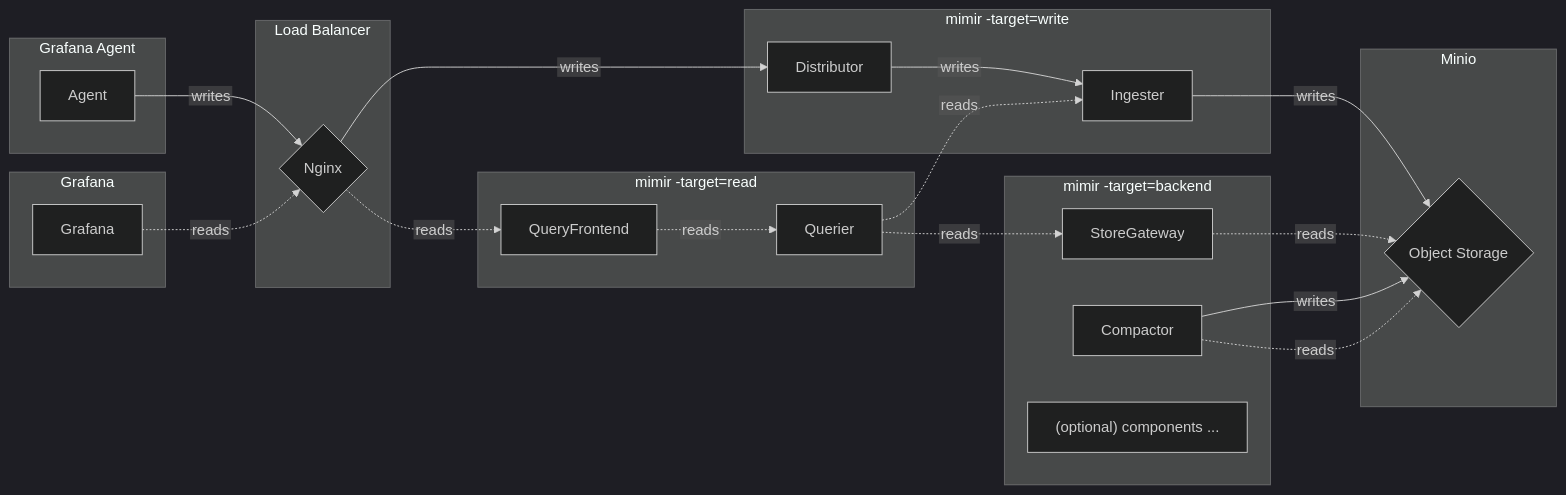
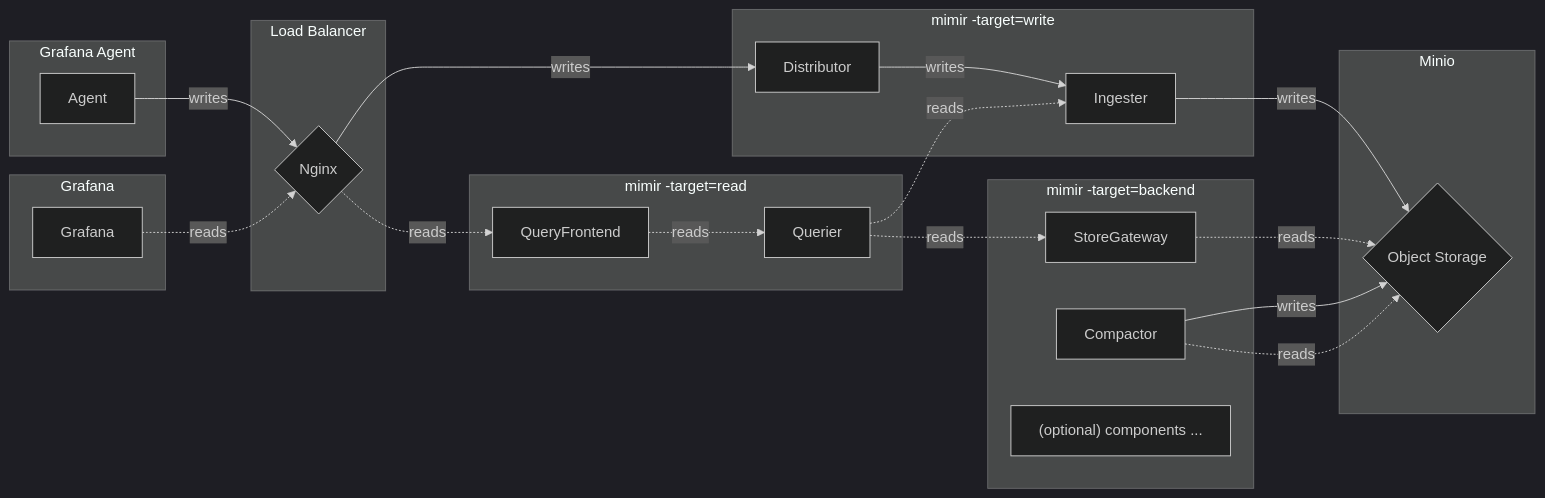
Before and after one commit to qclaogui/codelab-monitoring: the diagram in docker-compose/read-write-mode/metrics/README.md, drawn with Mermaid (dark theme). The commit also changed 3 other files, not shown here.

````diff
--- a/docker-compose/read-write-mode/metrics/README.md
+++ b/docker-compose/read-write-mode/metrics/README.md
@@ -27,40 +27,39 @@
 ```mermaid
-%%{init: {"flowchart": {"htmlLabels": false}} }%%
 flowchart LR
     Agent   --> |writes| Nginx --> |writes| Distributor   --> |writes| Ingester -->|writes| ObjectStorage
     Grafana -.->|reads | Nginx -.->|reads | QueryFrontend -.->|reads | Querier -.->|reads | StoreGateway -.->|reads| ObjectStorage
 
     subgraph Minio
         ObjectStorage{"Object Storage"}
     end
 
     subgraph GrafanaAgent["Grafana Agent"]
         Agent
     end
 
     subgraph GFGraph["Grafana"]
         Grafana
     end
 
     subgraph GateWay["Load Balancer"]
         Nginx{"Nginx"}
     end
 
     subgraph MimirWrite["mimir -target=write"]
         Ingester
         Distributor
     end
 
     subgraph MimirBackend["mimir -target=backend"]
         StoreGateway
         Compactor --> |writes| ObjectStorage
         Compactor -.->|reads | ObjectStorage
 
-        Optional["`(optional) components ...`"]
+        Optional["(optional) components ..."]
     end
 
     subgraph MimirRead["mimir -target=read"]
         Querier -.->|reads| Ingester
         QueryFrontend
     end
 ```
````
